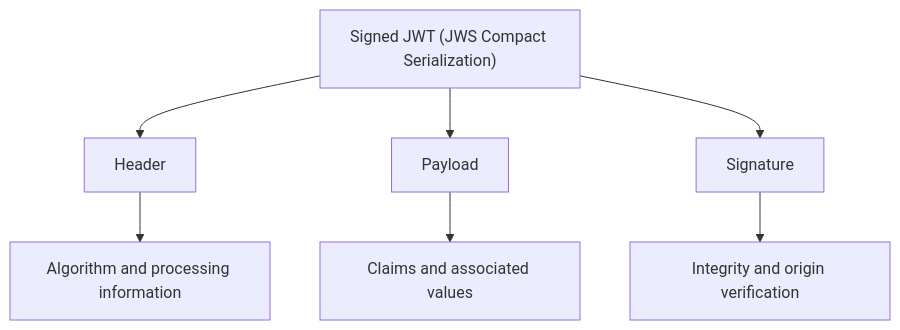
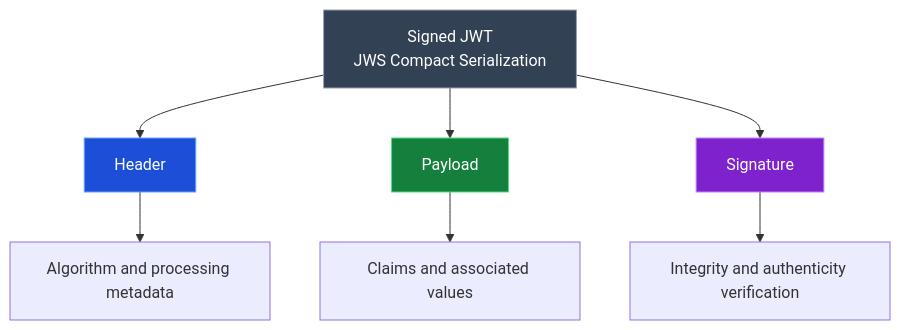
One commit to Rokiis1/Teaching-Materia changed the first of 2 diagrams in docs/en/software_engineering/software_security/security_tokens/token_formats/jwt/summary.md. Above: the diagram before and after it, drawn with Mermaid. The commit also changed other lines of this file and 15 other files, not shown here.

````diff
--- a/docs/en/software_engineering/software_security/security_tokens/token_formats/jwt/summary.md
+++ b/docs/en/software_engineering/software_security/security_tokens/token_formats/jwt/summary.md
@@ -16,11 +14,16 @@
 ```mermaid
 flowchart TB
-    A["Signed JWT (JWS Compact Serialization)"]
+    A["Signed JWT<br/>JWS Compact Serialization"]
     A --> B["Header"]
     A --> C["Payload"]
     A --> D["Signature"]
 
-    B --> B1["Algorithm and processing information"]
+    B --> B1["Algorithm and processing metadata"]
     C --> C1["Claims and associated values"]
-    D --> D1["Integrity and origin verification"]
+    D --> D1["Integrity and authenticity verification"]
+
+    style A fill:#334155,stroke:#94A3B8,color:#FFFFFF
+    style B fill:#1D4ED8,stroke:#60A5FA,color:#FFFFFF
+    style C fill:#15803D,stroke:#4ADE80,color:#FFFFFF
+    style D fill:#7E22CE,stroke:#C084FC,color:#FFFFFF
 ```
````
